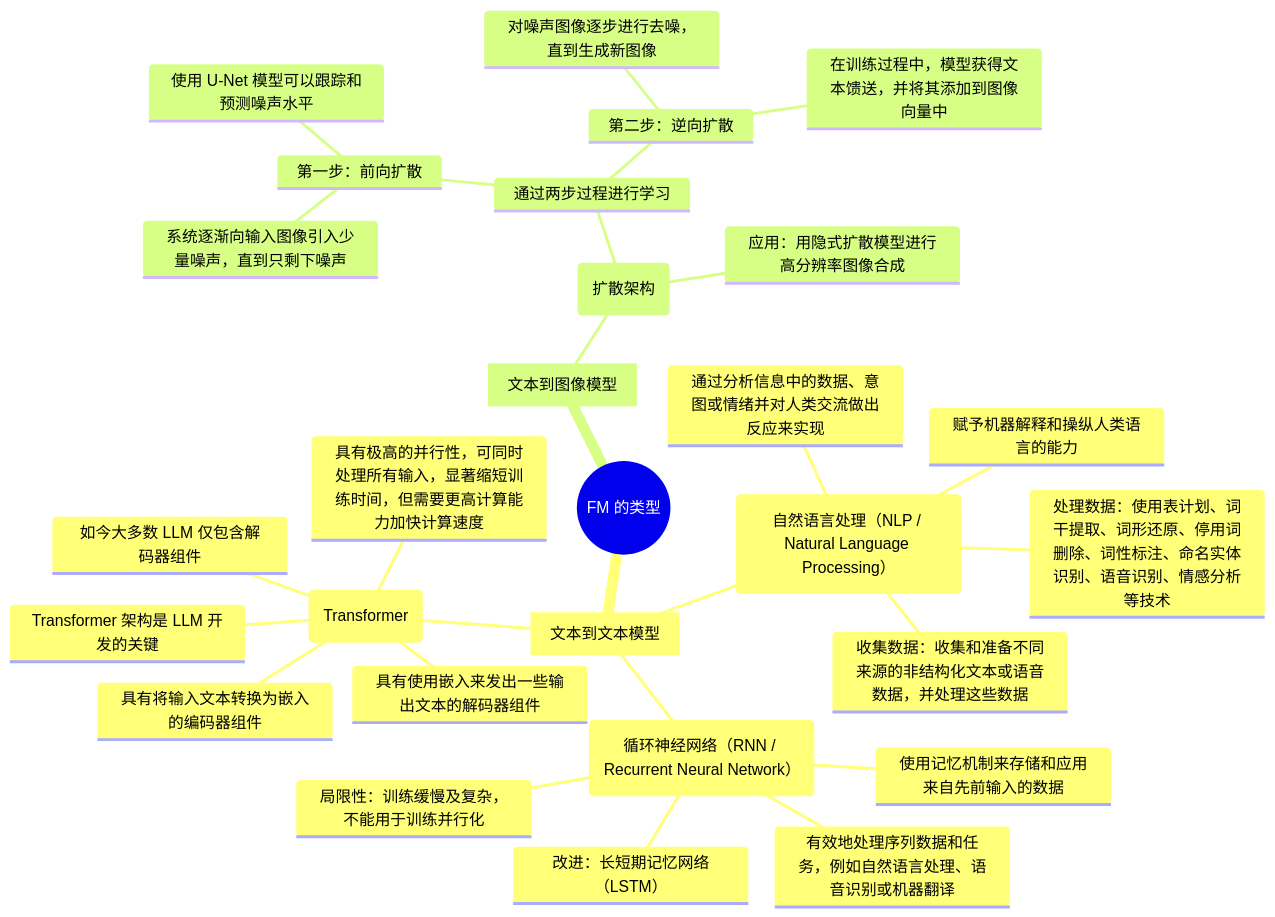
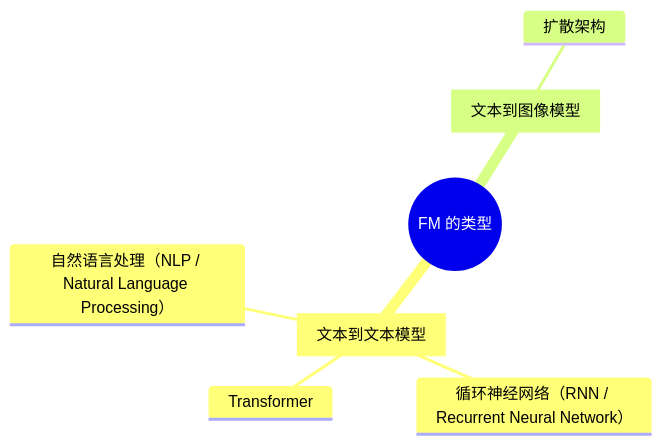
One commit to ytxmobile98/https-dev.amazoncloud.cn-learn-aitalent changed the second of 4 diagrams in 技术研发效能/Module 1 - 如何使用大模型/2. 提示工程基础知识/基础模型的基础知识.md. Above: the diagram before and after it, drawn with Mermaid. The commit also changed other lines of this file, not shown here.

````diff
--- a/技术研发效能/Module 1 - 如何使用大模型/2. 提示工程基础知识/基础模型的基础知识.md
+++ b/技术研发效能/Module 1 - 如何使用大模型/2. 提示工程基础知识/基础模型的基础知识.md
@@ -75,31 +92,10 @@
 ```mermaid
 mindmap
 ((FM 的类型))
     [文本到文本模型]
-        (自然语言处理（NLP / Natural Language Processing）)
-            赋予机器解释和操纵人类语言的能力
-            通过分析信息中的数据、意图或情绪并对人类交流做出反应来实现
-            收集数据：收集和准备不同来源的非结构化文本或语音数据，并处理这些数据
-            处理数据：使用表计划、词干提取、词形还原、停用词删除、词性标注、命名实体识别、语音识别、情感分析等技术
-        (循环神经网络（RNN / Recurrent Neural Network）)
-            使用记忆机制来存储和应用来自先前输入的数据
-            有效地处理序列数据和任务，例如自然语言处理、语音识别或机器翻译
-            局限性：训练缓慢及复杂，不能用于训练并行化
-            改进：长短期记忆网络（LSTM）
-        (Transformer)
-            具有将输入文本转换为嵌入的编码器组件
-            具有使用嵌入来发出一些输出文本的解码器组件
-            具有极高的并行性，可同时处理所有输入，显著缩短训练时间，但需要更高计算能力加快计算速度
-            Transformer 架构是 LLM 开发的关键
-            如今大多数 LLM 仅包含解码器组件
+        自然语言处理（NLP / Natural Language Processing）
+        循环神经网络（RNN / Recurrent Neural Network）
+        Transformer
     [文本到图像模型]
-        (扩散架构)
-            通过两步过程进行学习
-                第一步：前向扩散
-                    系统逐渐向输入图像引入少量噪声，直到只剩下噪声
-                    使用 U-Net 模型可以跟踪和预测噪声水平
-                第二步：逆向扩散
-                    对噪声图像逐步进行去噪，直到生成新图像
-                    在训练过程中，模型获得文本馈送，并将其添加到图像向量中
-            应用：用隐式扩散模型进行高分辨率图像合成
+        扩散架构
 ```
````
